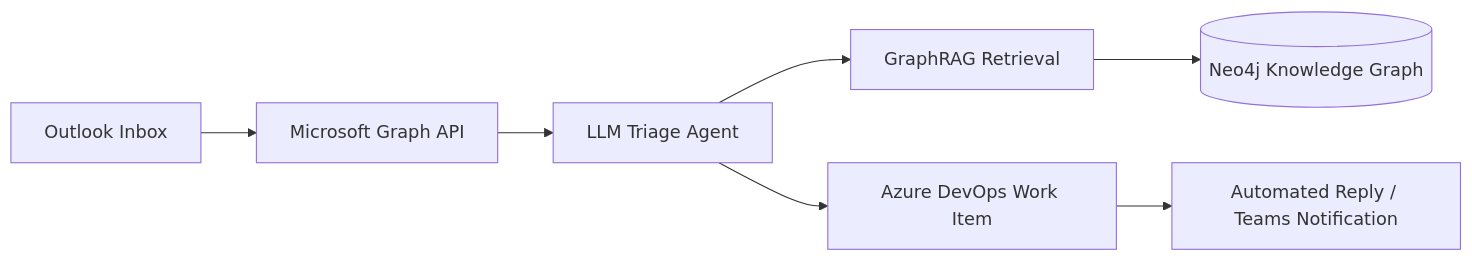
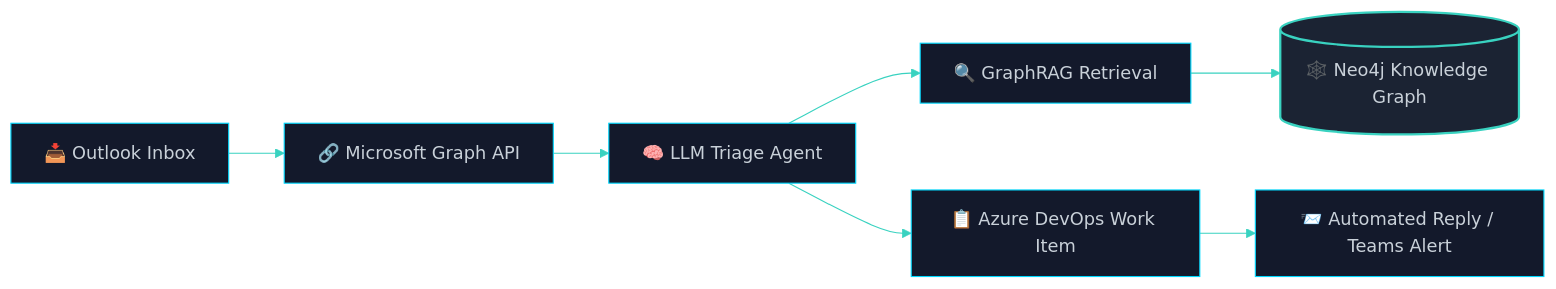
One commit to yessine18/yessine18 changed the first of 2 diagrams in README.md. Above: the diagram before and after it, drawn with Mermaid. The commit also changed other lines of this file, not shown here.

````diff
--- a/README.md
+++ b/README.md
@@ -58,9 +54,13 @@
 ```mermaid
+%%{init: {'theme':'base', 'themeVariables': {'primaryColor':'#13192B','primaryTextColor':'#C9D1D9','primaryBorderColor':'#00D9FF','lineColor':'#39D2C0','secondaryColor':'#1B2333','tertiaryColor':'#0B1120','fontFamily':'Fira Code, monospace'}}}%%
 flowchart LR
-    A[Outlook Inbox] --> B[Microsoft Graph API]
-    B --> C[LLM Triage Agent]
-    C --> D[GraphRAG Retrieval]
-    D --> E[(Neo4j Knowledge Graph)]
-    C --> F[Azure DevOps Work Item]
-    F --> G[Automated Reply / Teams Notification]
+    A["📥 Outlook Inbox"] --> B["🔗 Microsoft Graph API"]
+    B --> C["🧠 LLM Triage Agent"]
+    C --> D["🔍 GraphRAG Retrieval"]
+    D --> E[("🕸️ Neo4j Knowledge Graph")]
+    C --> F["📋 Azure DevOps Work Item"]
+    F --> G["📨 Automated Reply / Teams Alert"]
+
+    classDef store fill:#1B2333,stroke:#39D2C0,stroke-width:2px,color:#C9D1D9;
+    class E store;
 ```
````
